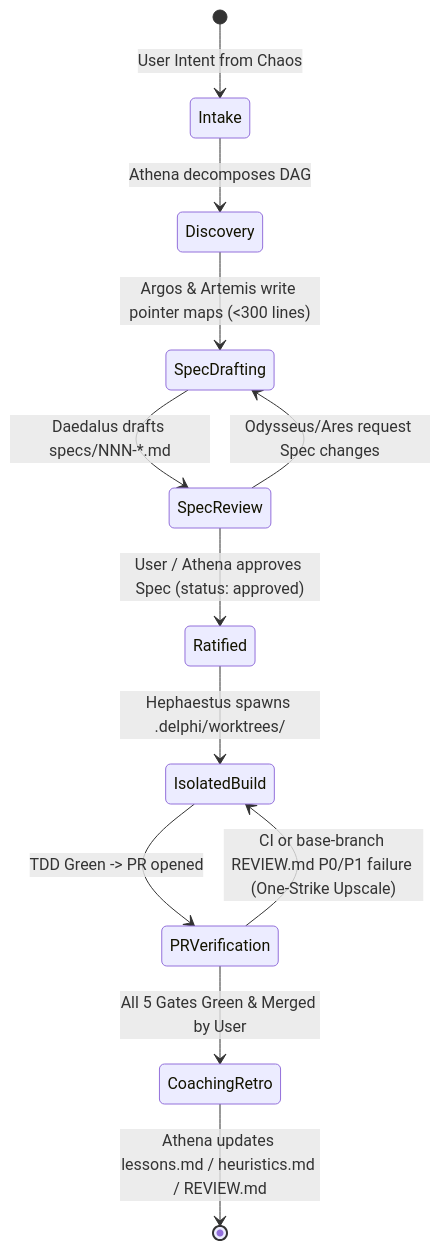
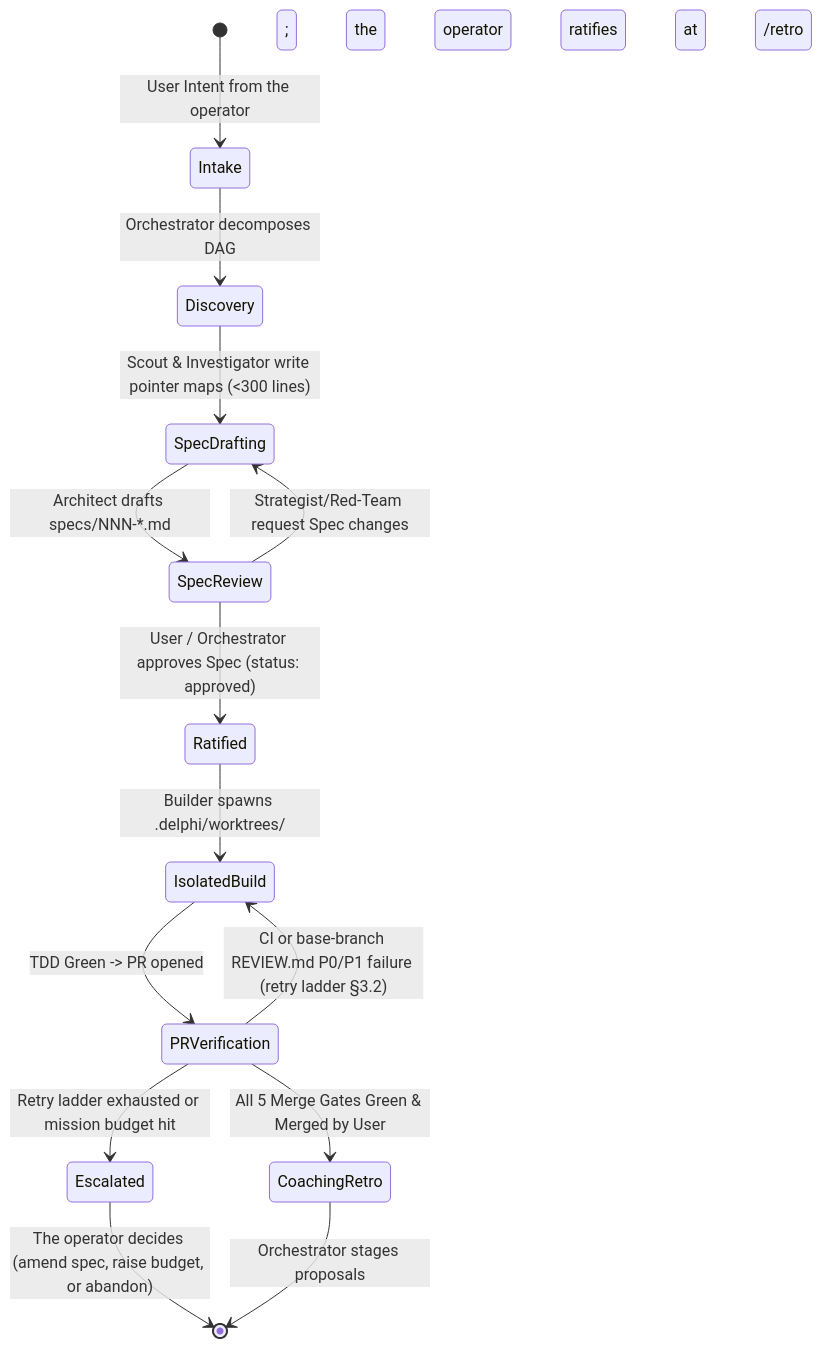
The first of 2 diagrams in specs/003-collaboration-and-council.md (jessevondoom/delphi), drawn with Mermaid before and after one commit. The commit also changed other lines of this file and 73 other files, not shown here.

````diff
--- a/specs/003-collaboration-and-council.md
+++ b/specs/003-collaboration-and-council.md
@@ -40,14 +46,16 @@
 ```mermaid
 stateDiagram-v2
-    [*] --> Intake: User Intent from Chaos
-    Intake --> Discovery: Athena decomposes DAG
-    Discovery --> SpecDrafting: Argos & Artemis write pointer maps (<300 lines)
-    SpecDrafting --> SpecReview: Daedalus drafts specs/NNN-*.md
-    SpecReview --> SpecDrafting: Odysseus/Ares request Spec changes
-    SpecReview --> Ratified: User / Athena approves Spec (status: approved)
-    Ratified --> IsolatedBuild: Hephaestus spawns .delphi/worktrees/<task-id>
+    [*] --> Intake: User Intent from the operator
+    Intake --> Discovery: Orchestrator decomposes DAG
+    Discovery --> SpecDrafting: Scout & Investigator write pointer maps (<300 lines)
+    SpecDrafting --> SpecReview: Architect drafts specs/NNN-*.md
+    SpecReview --> SpecDrafting: Strategist/Red-Team request Spec changes
+    SpecReview --> Ratified: User / Orchestrator approves Spec (status: approved)
+    Ratified --> IsolatedBuild: Builder spawns .delphi/worktrees/<task-id>
     IsolatedBuild --> PRVerification: TDD Green -> PR opened
-    PRVerification --> IsolatedBuild: CI or base-branch REVIEW.md P0/P1 failure (One-Strike Upscale)
-    PRVerification --> CoachingRetro: All 5 Gates Green & Merged by User
-    CoachingRetro --> [*]: Athena updates lessons.md / heuristics.md / REVIEW.md
+    PRVerification --> IsolatedBuild: CI or base-branch REVIEW.md P0/P1 failure (retry ladder §3.2)
+    PRVerification --> Escalated: Retry ladder exhausted or mission budget hit
+    Escalated --> [*]: The operator decides (amend spec, raise budget, or abandon)
+    PRVerification --> CoachingRetro: All 5 Merge Gates Green & Merged by User
+    CoachingRetro --> [*]: Orchestrator stages proposals; the operator ratifies at /retro
 ```
````
